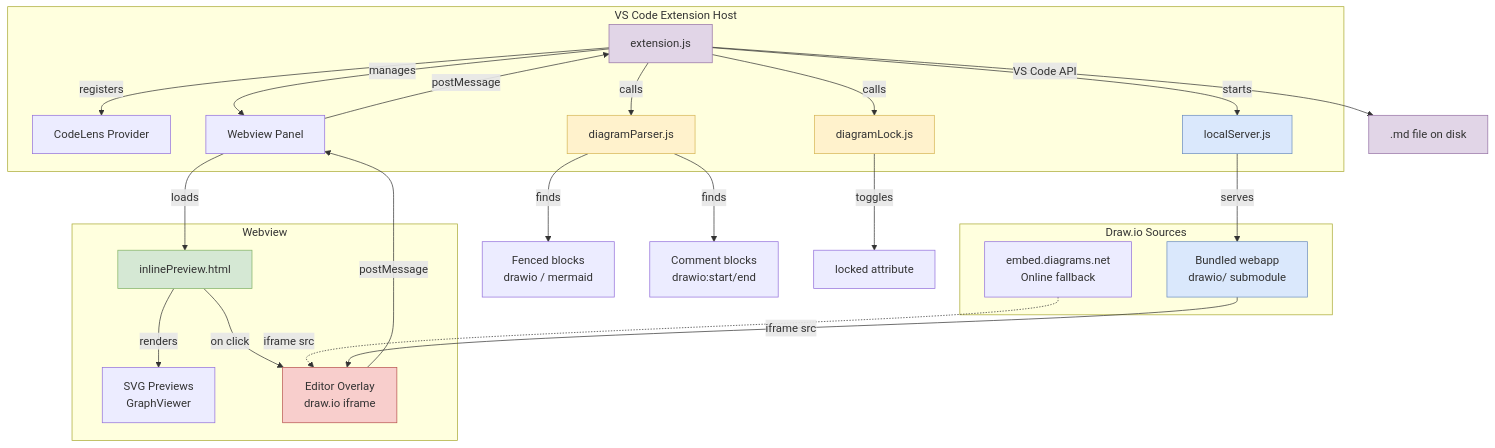
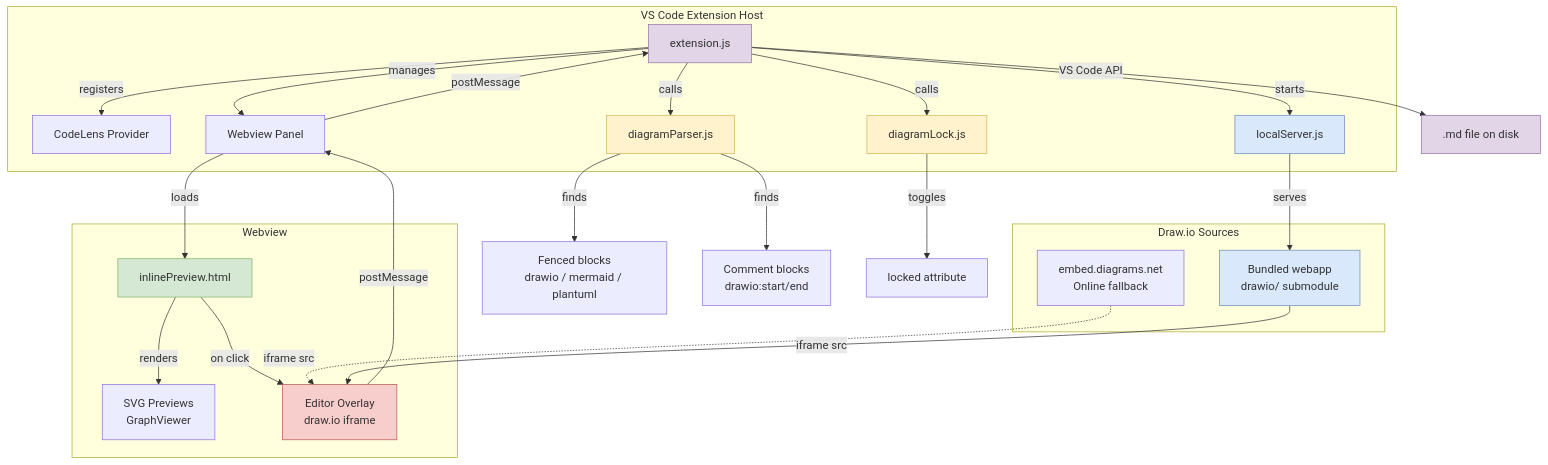
The first of 2 diagrams in examples/inline-editor/showcase.md (hediet/vscode-drawio), drawn with Mermaid before and after one commit. The commit also changed other lines of this file and 6 other files, not shown here.

````diff
--- a/examples/inline-editor/showcase.md
+++ b/examples/inline-editor/showcase.md
@@ -563,39 +563,39 @@
 ```mermaid
 graph TD
     subgraph VS Code Extension Host
         A[extension.js] -->|registers| B[CodeLens Provider]
         A -->|manages| C[Webview Panel]
         A -->|calls| D[diagramParser.js]
         A -->|calls| E[diagramLock.js]
         A -->|starts| F[localServer.js]
     end
 
     subgraph Webview
         C -->|loads| G[inlinePreview.html]
         G -->|renders| H[SVG Previews<br>GraphViewer]
         G -->|on click| I[Editor Overlay<br>draw.io iframe]
     end
 
     subgraph Draw.io Sources
         F -->|serves| J[Bundled webapp<br>drawio/ submodule]
         K[embed.diagrams.net<br>Online fallback] -.->|iframe src| I
         J -->|iframe src| I
     end
 
-    D -->|finds| L[Fenced blocks<br>drawio / mermaid]
+    D -->|finds| L[Fenced blocks<br>drawio / mermaid / plantuml]
     D -->|finds| M[Comment blocks<br>drawio:start/end]
     E -->|toggles| N[locked attribute]
 
     I -->|postMessage| C
     C -->|postMessage| A
     A -->|VS Code API| O[.md file on disk]
 
     style A fill:#e1d5e7,stroke:#9673a6
     style D fill:#fff2cc,stroke:#d6b656
     style E fill:#fff2cc,stroke:#d6b656
     style F fill:#dae8fc,stroke:#6c8ebf
     style G fill:#d5e8d4,stroke:#82b366
     style I fill:#f8cecc,stroke:#b85450
     style J fill:#dae8fc,stroke:#6c8ebf
     style O fill:#e1d5e7,stroke:#9673a6
 ```
````
